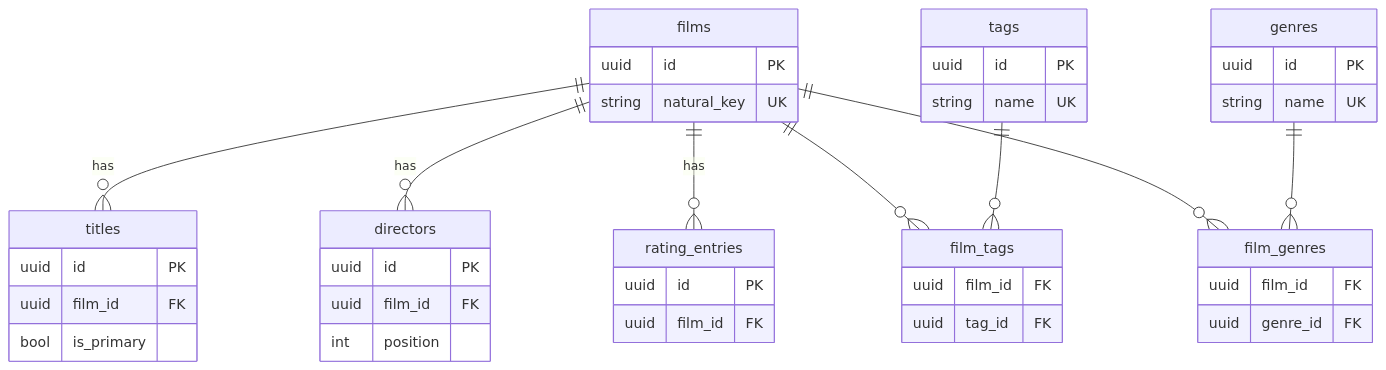
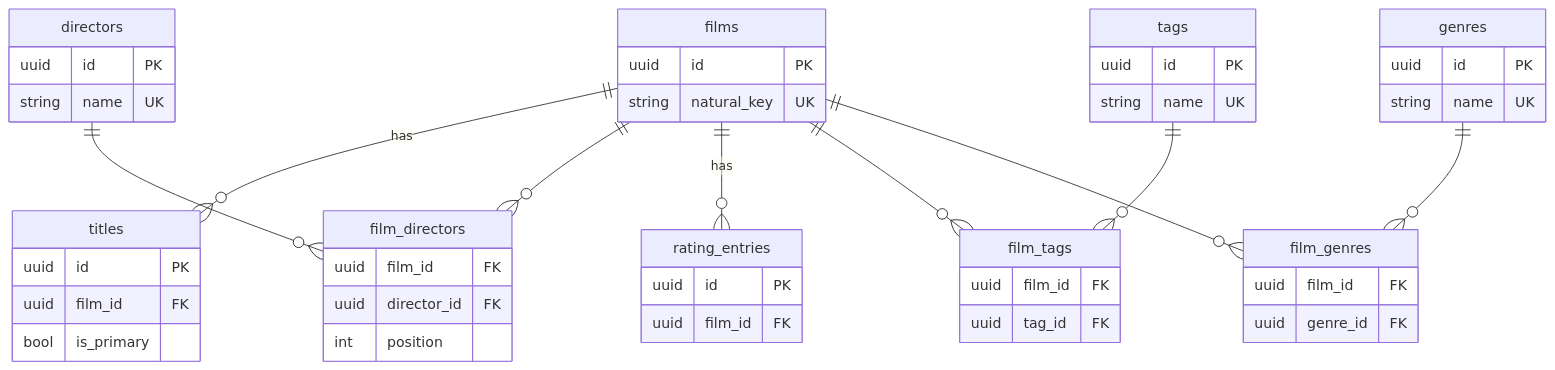
Before and after one commit to Jan0H0Punkt/FilmRewatchApp: the second of 4 diagrams in docs/designs/DESIGN_V1.md, drawn with Mermaid. The commit also changed other lines of this file and 2 other files, not shown here.

Commit message:
docs(directors): specify Director as a shared, ordered-per-film entity

````diff
--- a/docs/designs/DESIGN_V1.md
+++ b/docs/designs/DESIGN_V1.md
@@ -212,44 +212,49 @@
 ```mermaid
 erDiagram
     films {
         uuid id PK
         string natural_key UK
     }
     titles {
         uuid id PK
         uuid film_id FK
         bool is_primary
     }
     directors {
         uuid id PK
+        string name UK
+    }
+    film_directors {
         uuid film_id FK
+        uuid director_id FK
         int position
     }
     rating_entries {
         uuid id PK
         uuid film_id FK
     }
     tags {
         uuid id PK
         string name UK
     }
     film_tags {
         uuid film_id FK
         uuid tag_id FK
     }
     genres {
         uuid id PK
         string name UK
     }
     film_genres {
         uuid film_id FK
         uuid genre_id FK
     }
     films ||--o{ titles : "has"
-    films ||--o{ directors : "has"
+    films ||--o{ film_directors : ""
+    directors ||--o{ film_directors : ""
     films ||--o{ rating_entries : "has"
     films ||--o{ film_tags : ""
     tags  ||--o{ film_tags : ""
     films ||--o{ film_genres : ""
     genres ||--o{ film_genres : ""
 ```
````
